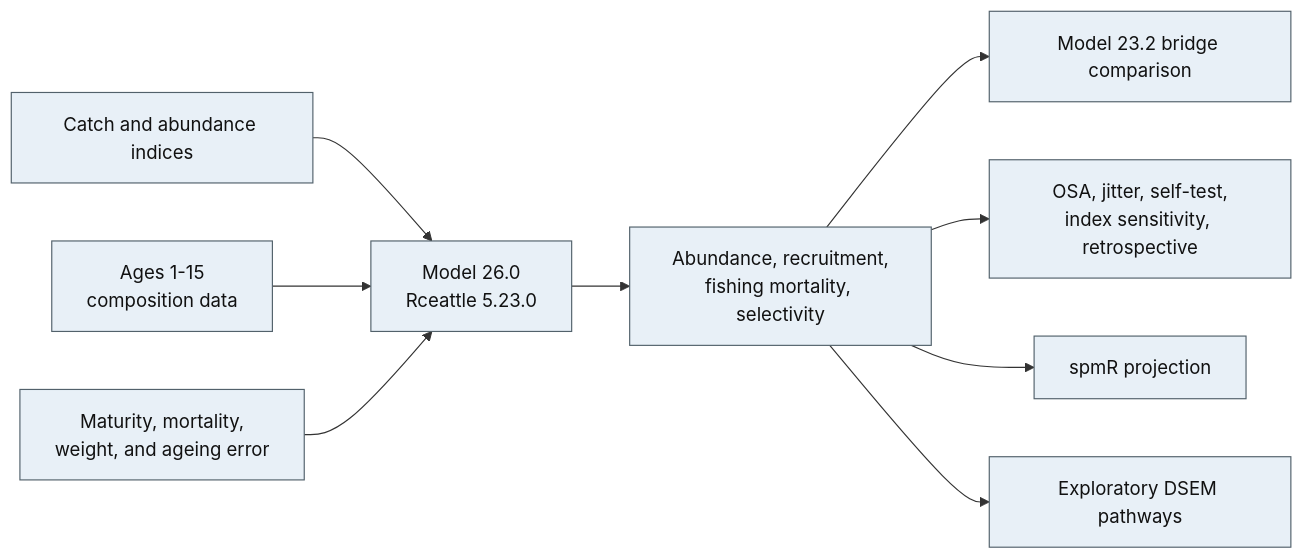
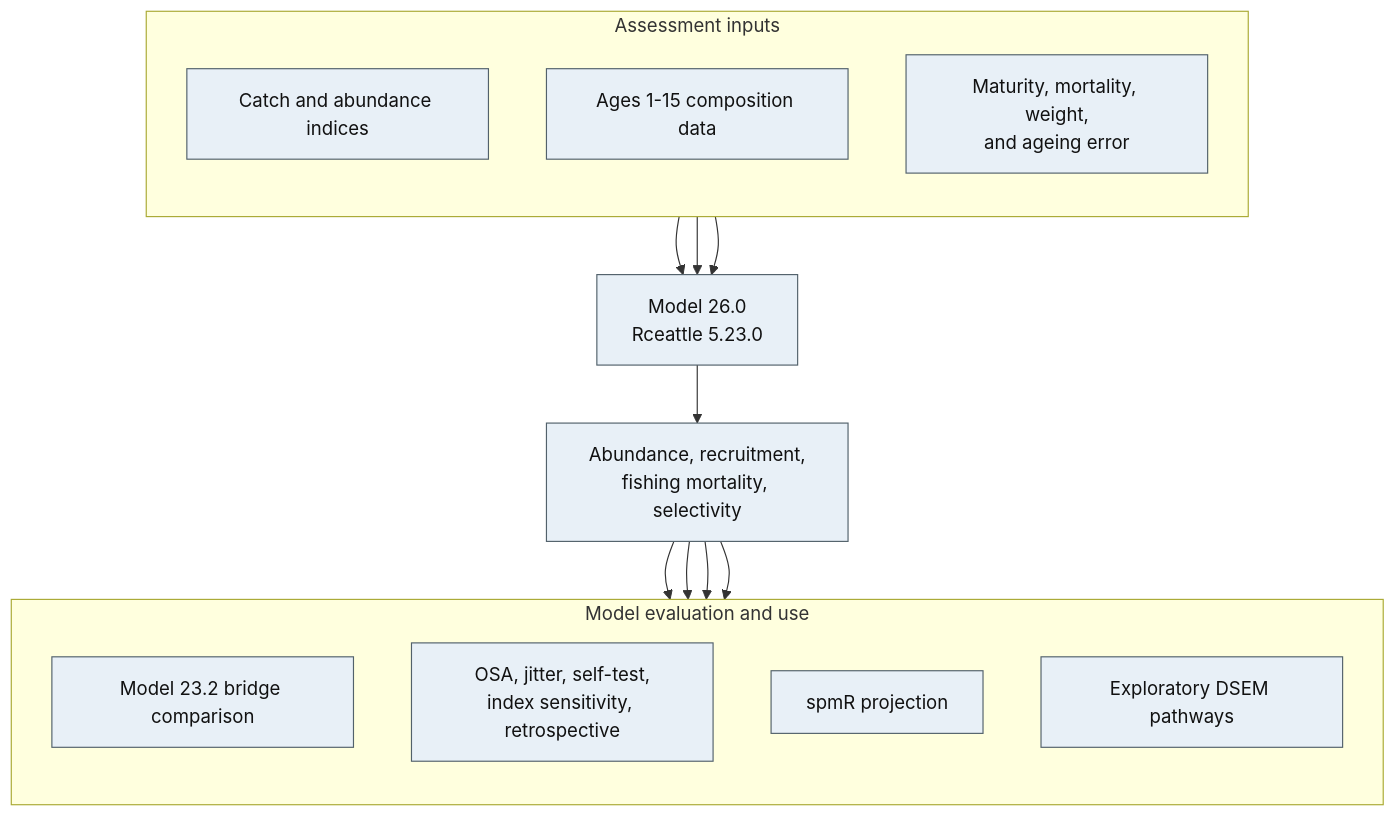
The second of 2 diagrams in doc/EBSpollock_Sept_2026.qmd (noaa-afsc/EBS_pollock), drawn with Mermaid before and after one commit. The commit also changed other lines of this file and 20 other files, not shown here.

Commit message:
Improve PDF flow and SparseNUTS diagnostics

````diff
--- a/doc/EBSpollock_Sept_2026.qmd
+++ b/doc/EBSpollock_Sept_2026.qmd
@@ -413,19 +416,33 @@
 ```{mermaid}
 %%| label: fig-model-26-approach
 %%| fig-cap: "Data and calculation flow for the simple Model 26.0 Rceattle analysis."
 %%| fig-alt: "Fishery catch, survey and abundance indices, age compositions, and biological schedules enter the Rceattle population model. The model estimates annual abundance, recruitment, fishing mortality, and selectivity. The fitted model is then compared with the Model 23.2 bridge and used for OSA residuals, jitter tests, self-tests, whole-index-fleet sensitivities, retrospective analysis, Standard Projection Model projections, and exploratory DSEM pathways."
+%%| fig-width: 5.8
 
-flowchart LR
+flowchart TB
   accTitle: Simple Model 26.0 data and analysis flow
-  accDescr: Assessment observations and biological schedules enter the simple Rceattle population model. Its fitted states support the bridge comparison, diagnostics, projection, and exploratory DSEM analyses.
-  A["Catch and abundance indices"] --> M["Model 26.0<br/>Rceattle 5.23.0"]
-  B["Ages 1-15<br/>composition data"] --> M
-  C["Maturity, mortality,<br/>weight, and ageing error"] --> M
+  accDescr: A top-to-bottom flowchart shows assessment inputs entering the simple Rceattle population model. Its fitted states support the bridge comparison, diagnostics, projection, and exploratory DSEM analyses.
+  subgraph I["Assessment inputs"]
+    direction TB
+    A["Catch and abundance indices"]
+    B["Ages 1-15 composition data"]
+    C["Maturity, mortality, weight,<br/>and ageing error"]
+  end
+  A --> M["Model 26.0<br/>Rceattle 5.23.0"]
+  B --> M
+  C --> M
   M --> S["Abundance, recruitment,<br/>fishing mortality, selectivity"]
-  S --> V["Model 23.2 bridge comparison"]
-  S --> D["OSA, jitter, self-test,<br/>index sensitivity, retrospective"]
-  S --> P["spmR projection"]
-  S --> E["Exploratory DSEM pathways"]
+  subgraph O["Model evaluation and use"]
+    direction TB
+    V["Model 23.2 bridge comparison"]
+    D["OSA, jitter, self-test,<br/>index sensitivity, retrospective"]
+    P["spmR projection"]
+    E["Exploratory DSEM pathways"]
+  end
+  S --> V
+  S --> D
+  S --> P
+  S --> E
   classDef input fill:#e8f0f7,stroke:#52616b,color:#111111
   class A,B,C,M,S,V,D,P,E input
 ```
````
